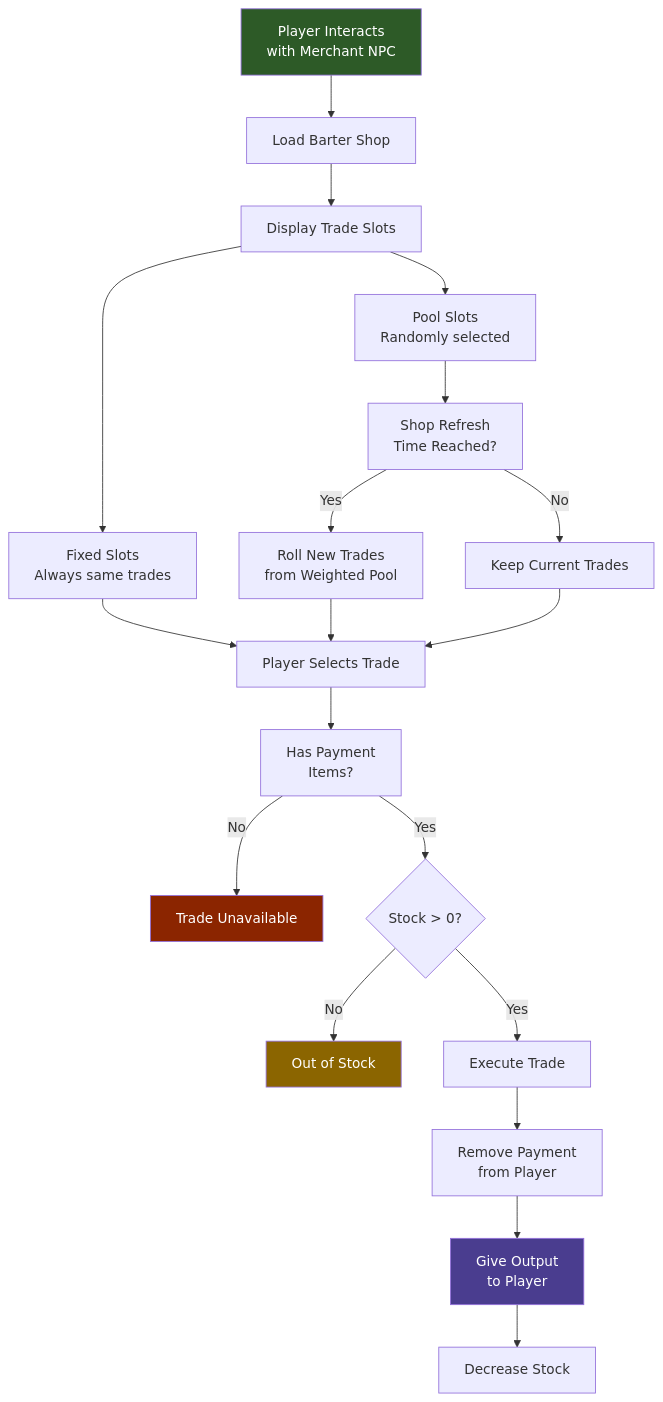
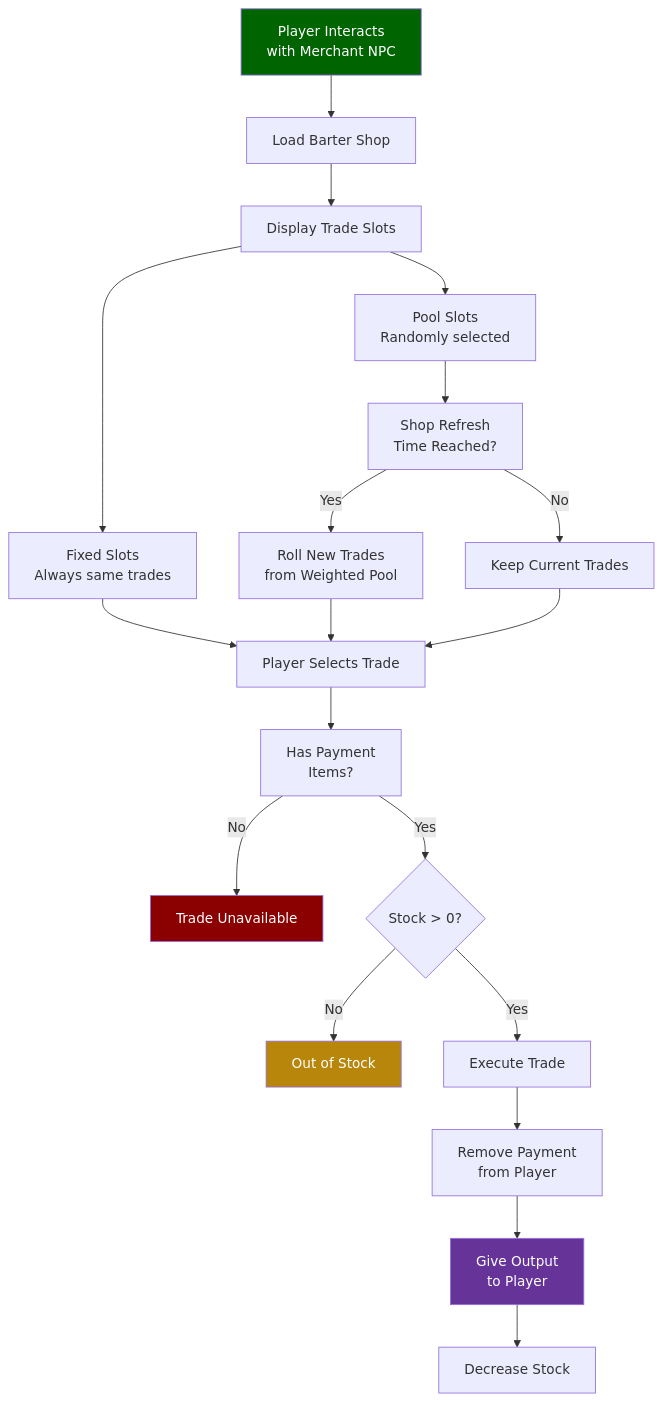
One commit to nevesb/hytale-modding-docs changed the diagram in src/content/docs/es/reference/economy-and-progression/barter-shops.md. Above: the diagram before and after it, drawn with Mermaid. The commit also changed 34 other files, not shown here.

````diff
--- a/src/content/docs/es/reference/economy-and-progression/barter-shops.md
+++ b/src/content/docs/es/reference/economy-and-progression/barter-shops.md
@@ -12,31 +12,31 @@
 ```mermaid
-flowchart TD
-    A["Player Interacts<br/>with Merchant NPC"] --> B[Load Barter Shop]
+flowchart TD;
+    A["Player Interacts<br>with Merchant NPC"] --> B[Load Barter Shop]
     B --> C[Display Trade Slots]
 
-    C --> D["Fixed Slots<br/>Always same trades"]
-    C --> E["Pool Slots<br/>Randomly selected"]
+    C --> D["Fixed Slots<br>Always same trades"]
+    C --> E["Pool Slots<br>Randomly selected"]
 
-    E --> F["Shop Refresh<br/>Time Reached?"]
-    F -->|"Yes"| G["Roll New Trades<br/>from Weighted Pool"]
+    E --> F["Shop Refresh<br>Time Reached?"]
+    F -->|"Yes"| G["Roll New Trades<br>from Weighted Pool"]
     F -->|"No"| H[Keep Current Trades]
 
     D --> I[Player Selects Trade]
     G --> I
     H --> I
 
-    I --> J["Has Payment<br/>Items?"]
+    I --> J["Has Payment<br>Items?"]
     J -->|"No"| K[Trade Unavailable]
     J -->|"Yes"| L{Stock > 0?}
     L -->|"No"| M[Out of Stock]
     L -->|"Yes"| N[Execute Trade]
 
-    N --> O["Remove Payment<br/>from Player"]
-    O --> P["Give Output<br/>to Player"]
+    N --> O["Remove Payment<br>from Player"]
+    O --> P["Give Output<br>to Player"]
     P --> Q[Decrease Stock]
 
-    style A fill:#2d5a27,color:#fff
-    style K fill:#8b2500,color:#fff
-    style M fill:#8b6500,color:#fff
-    style P fill:#4a3d8f,color:#fff
+    style A fill:darkgreen,color:white
+    style K fill:darkred,color:white
+    style M fill:darkgoldenrod,color:white
+    style P fill:rebeccapurple,color:white
 ```
````
